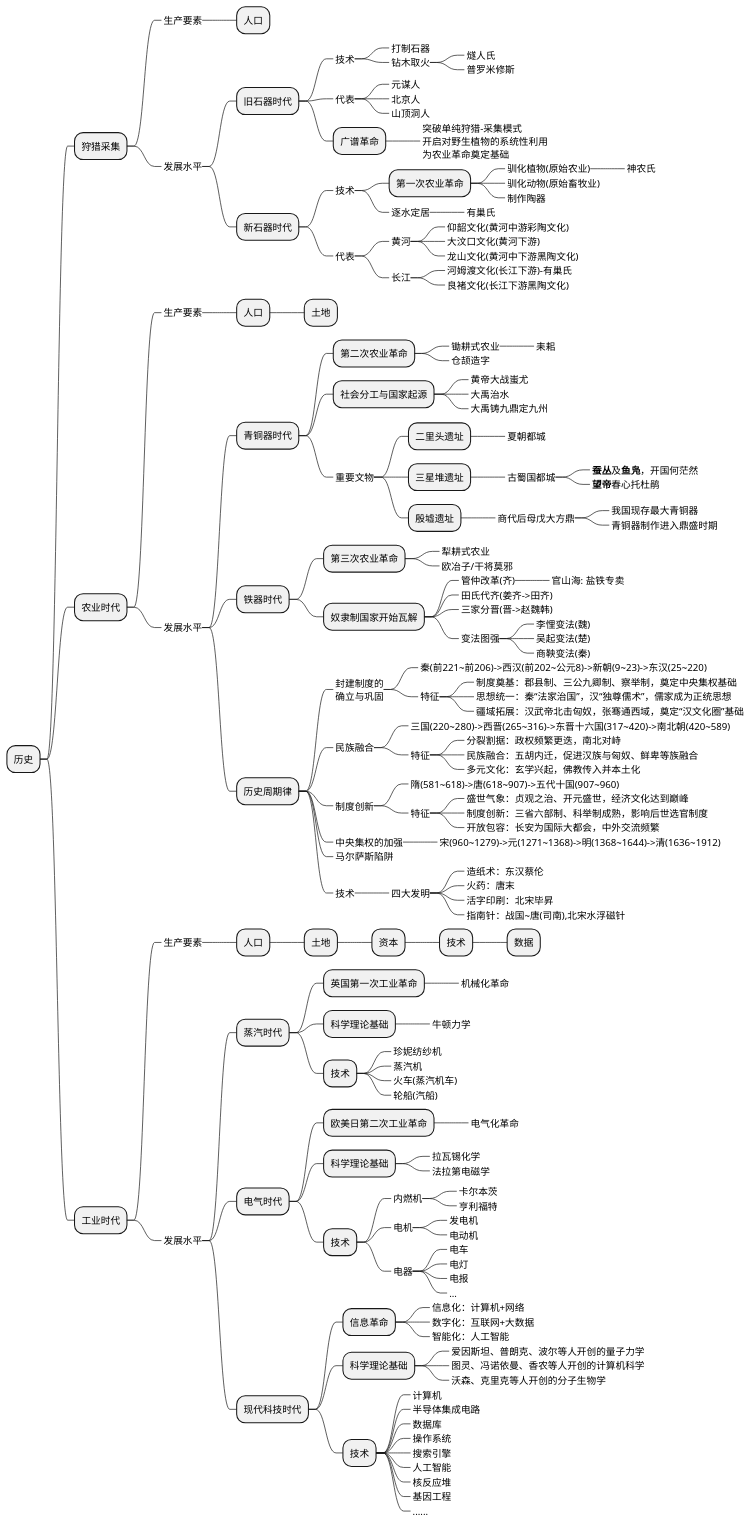
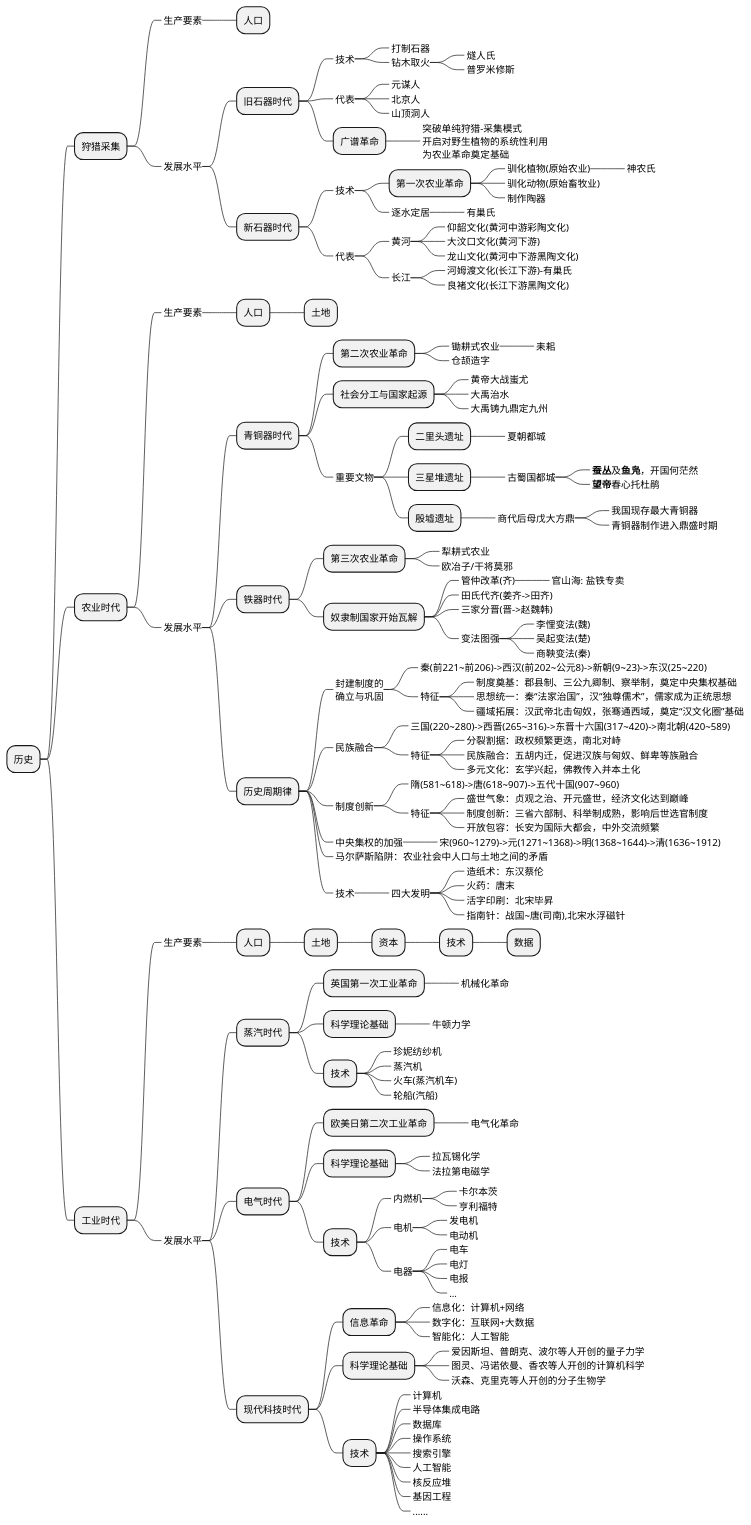
The first of 2 diagrams in source/_posts/economic/economic_and_history.md (holmofy/blog.hufeifei.cn), drawn with PlantUML before and after one commit.

```diff
--- a/source/_posts/economic/economic_and_history.md
+++ b/source/_posts/economic/economic_and_history.md
@@ -110,7 +110,7 @@
 +++++++_ 开放包容：长安为国际大都会，中外交流频繁
 +++++_ 中央集权的加强
 ++++++_ 宋(960~1279)->元(1271~1368)->明(1368~1644)->清(1636~1912)
-+++++_ 马尔萨斯陷阱
++++++_ 马尔萨斯陷阱：农业社会中人口与土地之间的矛盾
 +++++_ 技术
 ++++++_ 四大发明
 +++++++_ 造纸术：东汉蔡伦
```
